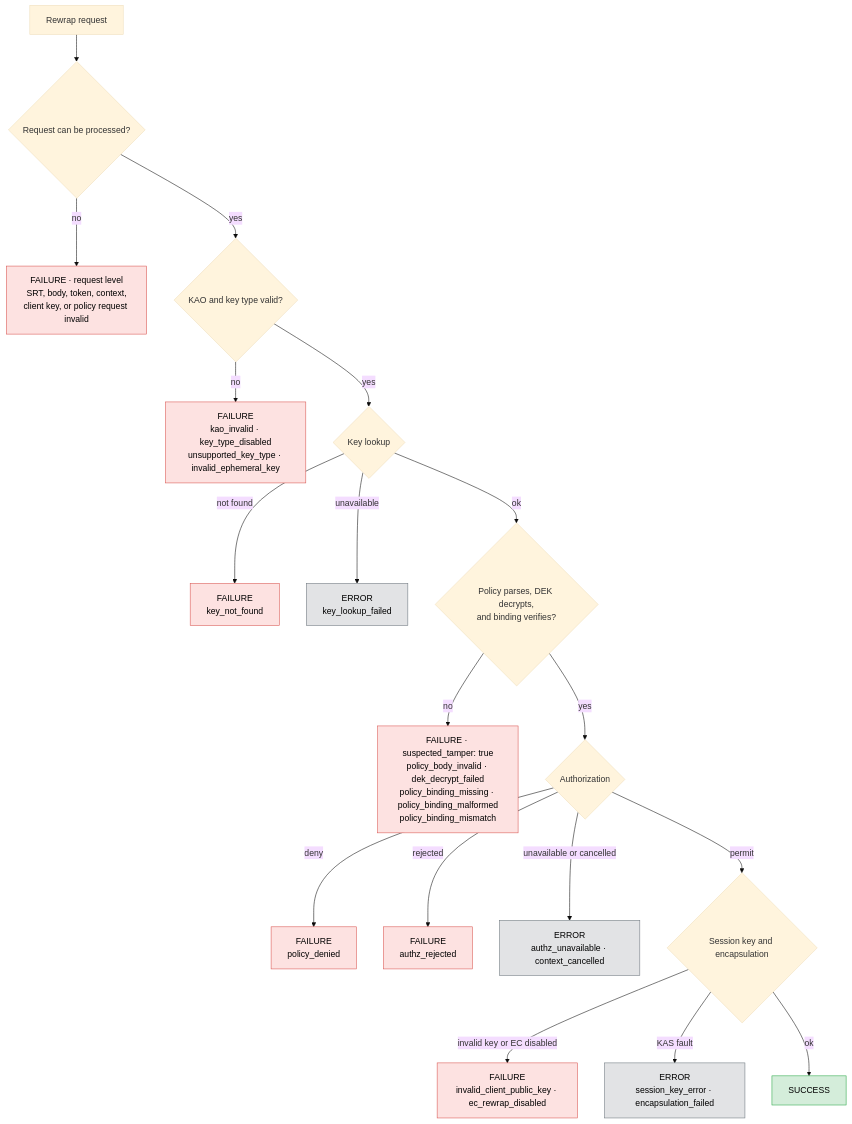
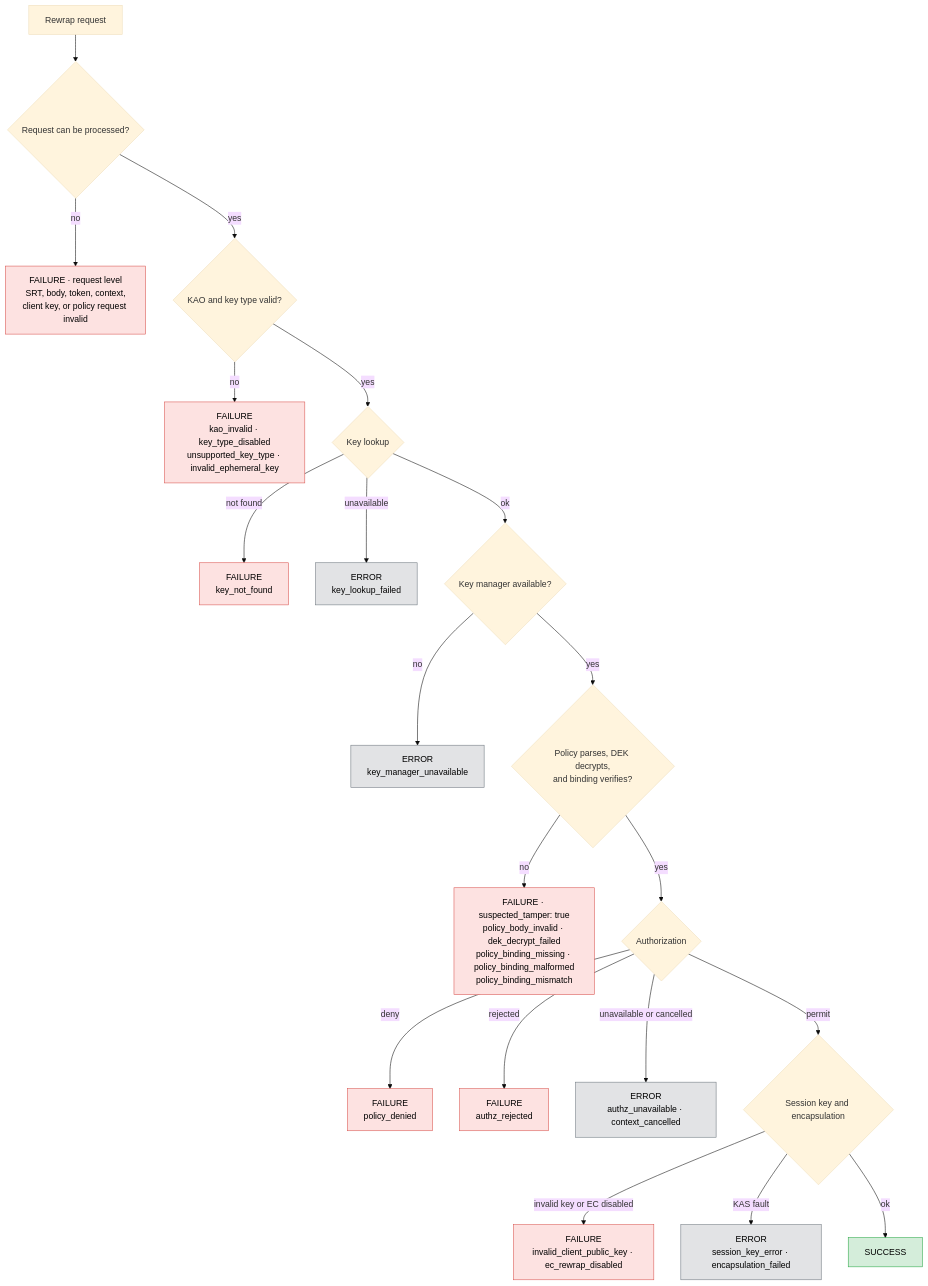
The diagram in service/kas/access/REWRAP_AUDIT.md (opentdf/platform), drawn with Mermaid (base theme) before and after one commit. The commit also changed other lines of this file and 3 other files, not shown here.

````diff
--- a/service/kas/access/REWRAP_AUDIT.md
+++ b/service/kas/access/REWRAP_AUDIT.md
@@ -9,27 +9,29 @@
 ```mermaid
 flowchart TD
     A[Rewrap request] --> B{Request can be processed?}
     B -->|no| F1["FAILURE · request level<br/>SRT, body, token, context,<br/>client key, or policy request invalid"]
     B -->|yes| C{"KAO and key type valid?"}
     C -->|no| F2["FAILURE<br/>kao_invalid · key_type_disabled<br/>unsupported_key_type · invalid_ephemeral_key"]
     C -->|yes| K{Key lookup}
     K -->|not found| F7["FAILURE<br/>key_not_found"]
     K -->|unavailable| E0["ERROR<br/>key_lookup_failed"]
-    K -->|ok| D{"Policy parses, DEK decrypts,<br/>and binding verifies?"}
+    K -->|ok| M{Key manager available?}
+    M -->|no| E3["ERROR<br/>key_manager_unavailable"]
+    M -->|yes| D{"Policy parses, DEK decrypts,<br/>and binding verifies?"}
     D -->|no| F3["FAILURE · suspected_tamper: true<br/>policy_body_invalid · dek_decrypt_failed<br/>policy_binding_missing · policy_binding_malformed<br/>policy_binding_mismatch"]
     D -->|yes| E{Authorization}
     E -->|deny| F4["FAILURE<br/>policy_denied"]
     E -->|rejected| F5["FAILURE<br/>authz_rejected"]
     E -->|unavailable or cancelled| E1["ERROR<br/>authz_unavailable · context_cancelled"]
     E -->|permit| G{Session key and encapsulation}
     G -->|invalid key or EC disabled| F6["FAILURE<br/>invalid_client_public_key · ec_rewrap_disabled"]
     G -->|KAS fault| E2["ERROR<br/>session_key_error · encapsulation_failed"]
     G -->|ok| S[SUCCESS]
 
     classDef success fill:#d4edda,stroke:#28a745,color:#000
     classDef failure fill:#fde2e1,stroke:#d9534f,color:#000
     classDef error fill:#e2e3e5,stroke:#6c757d,color:#000
     class S success
     class F1,F2,F3,F4,F5,F6,F7 failure
-    class E0,E1,E2 error
+    class E0,E1,E2,E3 error
 ```
````
